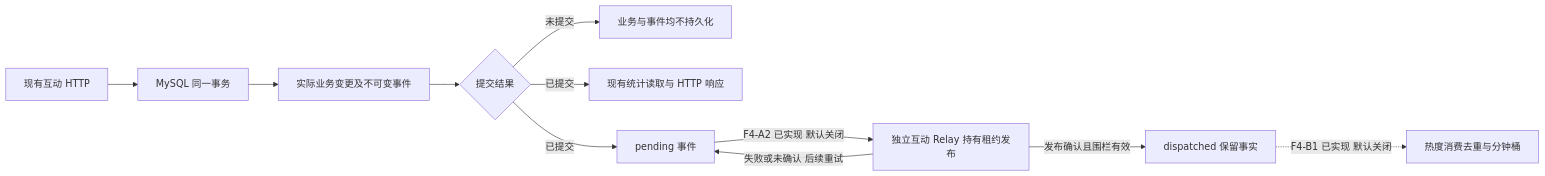
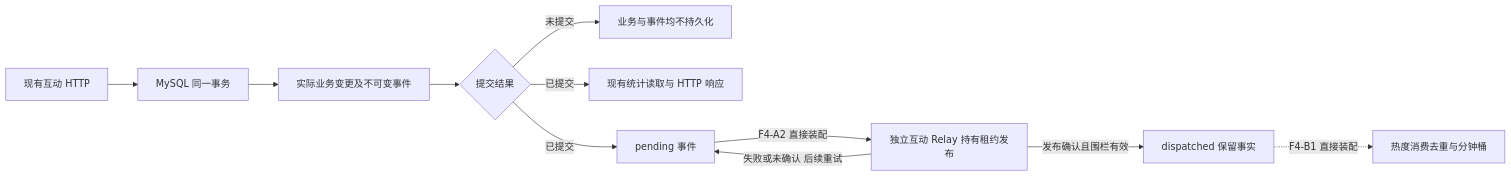
One commit to E1aina2007/GoFeed changed the second of 2 diagrams in docs/DEVELOPMENT_PLAN.md. Above: the diagram before and after it, drawn with Mermaid. The commit also changed other lines of this file and 2 other files, not shown here.

````diff
--- a/docs/DEVELOPMENT_PLAN.md
+++ b/docs/DEVELOPMENT_PLAN.md
@@ -267,13 +267,13 @@
 ```mermaid
 flowchart LR
     A[现有互动 HTTP] --> B[MySQL 同一事务]
     B --> C[实际业务变更及不可变事件]
     C --> D{提交结果}
     D -->|未提交| E[业务与事件均不持久化]
     D -->|已提交| F[现有统计读取与 HTTP 响应]
     D -->|已提交| G[pending 事件]
-    G -->|F4-A2 已实现 默认关闭| H[独立互动 Relay 持有租约发布]
+    G -->|F4-A2 直接装配| H[独立互动 Relay 持有租约发布]
     H -->|失败或未确认 后续重试| G
     H -->|发布确认且围栏有效| I[dispatched 保留事实]
-    I -.->|F4-B1 已实现 默认关闭| J[热度消费去重与分钟桶]
+    I -.->|F4-B1 直接装配| J[热度消费去重与分钟桶]
 ```
````
